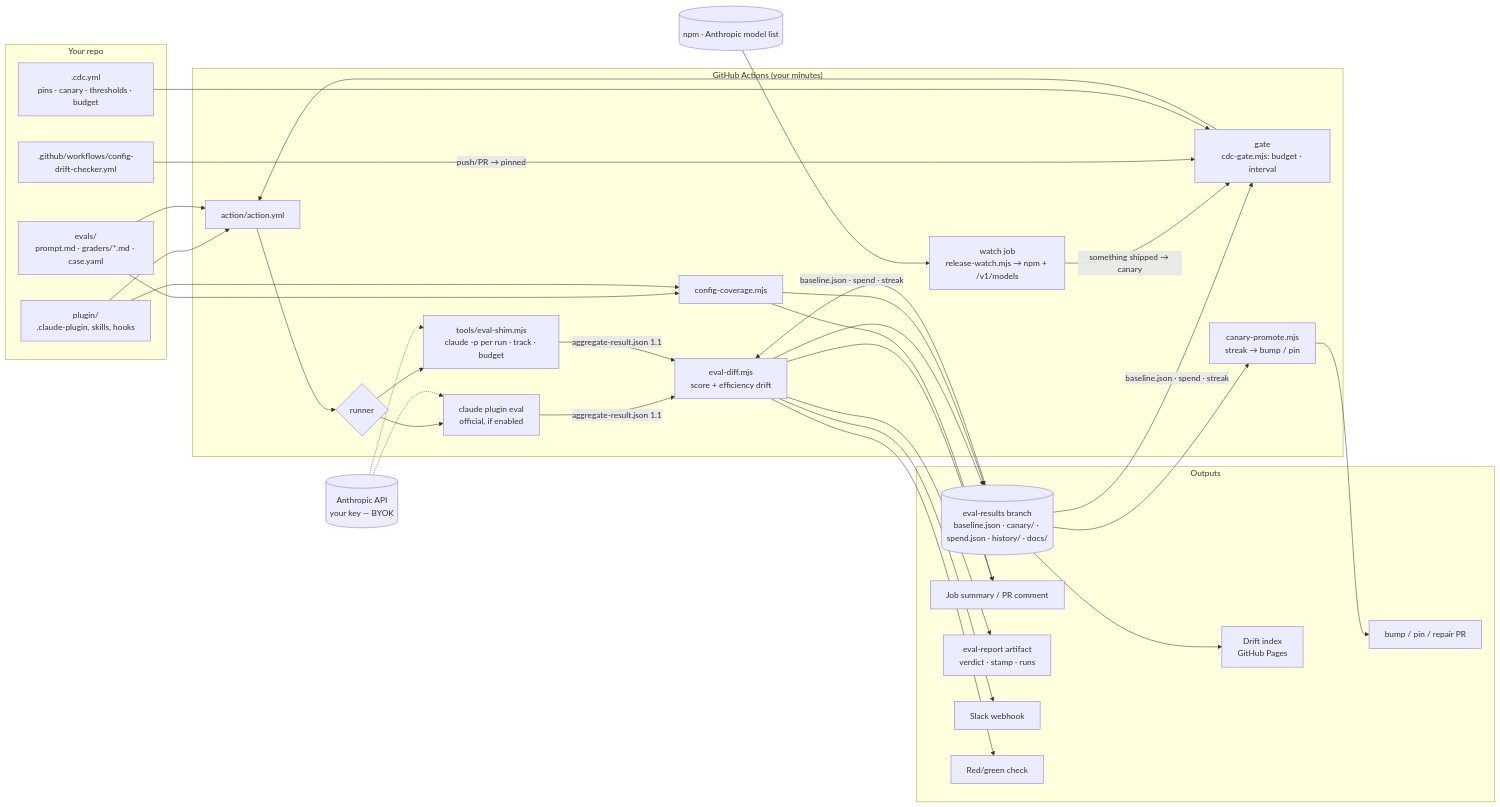
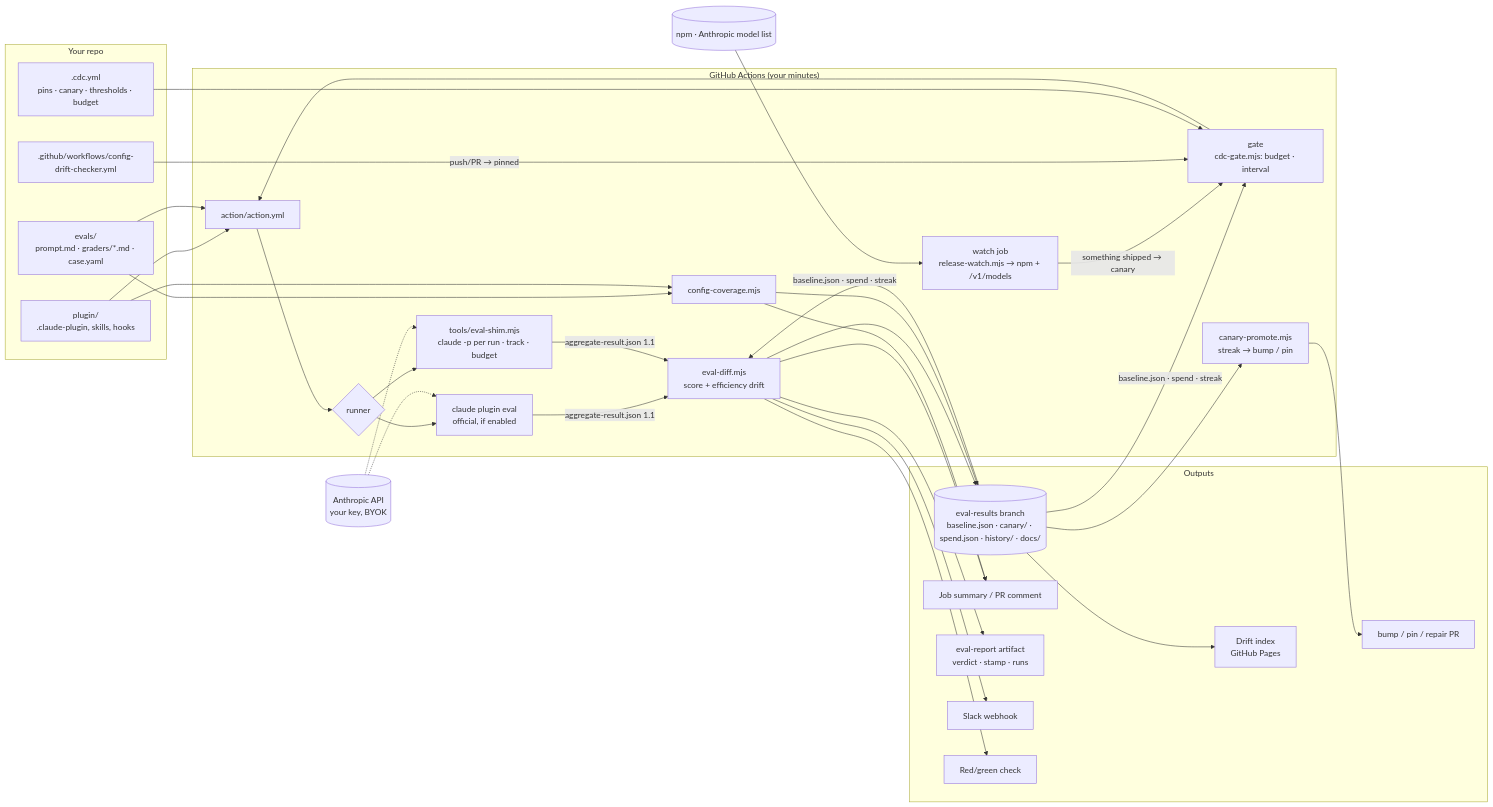
The diagram in docs/architecture.md (jameskomo/config-drift-checker), drawn with Mermaid before and after one commit. The commit also changed other lines of this file and 9 other files, not shown here.

````diff
--- a/docs/architecture.md
+++ b/docs/architecture.md
@@ -5,42 +5,42 @@
 ```mermaid
 flowchart LR
   subgraph repo["Your repo"]
     P[plugin/<br/>.claude-plugin, skills, hooks]
     C[.cdc.yml<br/>pins · canary · thresholds · budget]
     E[evals/<br/>prompt.md · graders/*.md · case.yaml]
     W[.github/workflows/config-drift-checker.yml]
   end
   subgraph gh["GitHub Actions (your minutes)"]
     RW[watch job<br/>release-watch.mjs → npm + /v1/models]
     G[gate<br/>cdc-gate.mjs: budget · interval]
     A[action/action.yml]
     R{runner}
     OFF[claude plugin eval<br/>official, if enabled]
     SHIM[tools/eval-shim.mjs<br/>claude -p per run · track · budget]
     D[eval-diff.mjs<br/>score + efficiency drift]
     PM[canary-promote.mjs<br/>streak → bump / pin]
     CV[config-coverage.mjs]
   end
   subgraph out["Outputs"]
     RB[(eval-results branch<br/>baseline.json · canary/ · spend.json · history/ · docs/)]
     SUM[Job summary / PR comment]
     REP[eval-report artifact<br/>verdict · stamp · runs]
     DI[Drift index<br/>GitHub Pages]
     PR[bump / pin / repair PR]
     SL[Slack webhook]
     CHK[Red/green check]
   end
   NPM[(npm · Anthropic model list)] --> RW
   RW -->|something shipped → canary| G
   W -->|push/PR → pinned| G
   C --> G --> A
   P & E --> A --> R
   R --> OFF & SHIM
   OFF & SHIM -->|aggregate-result.json 1.1| D
   RB -->|baseline.json · spend · streak| G & D
   D --> SUM & SL & CHK & RB & REP
   RB --> PM --> PR
   E & P --> CV --> RB & SUM
   RB --> DI
-  API[(Anthropic API<br/>your key — BYOK)] -.-> OFF & SHIM
+  API[(Anthropic API<br/>your key, BYOK)] -.-> OFF & SHIM
 ```
````
